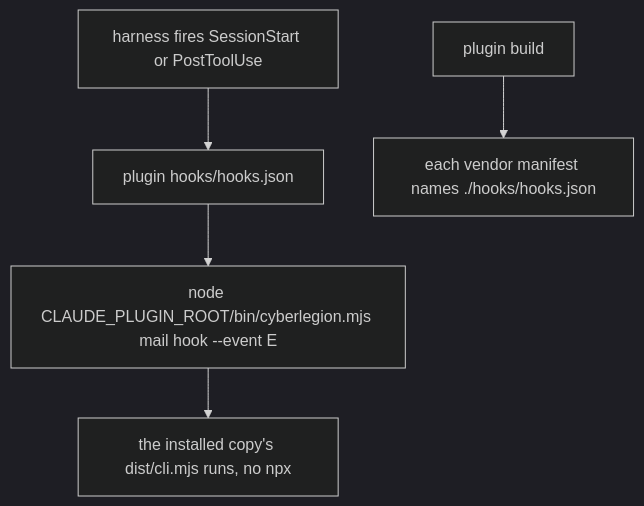
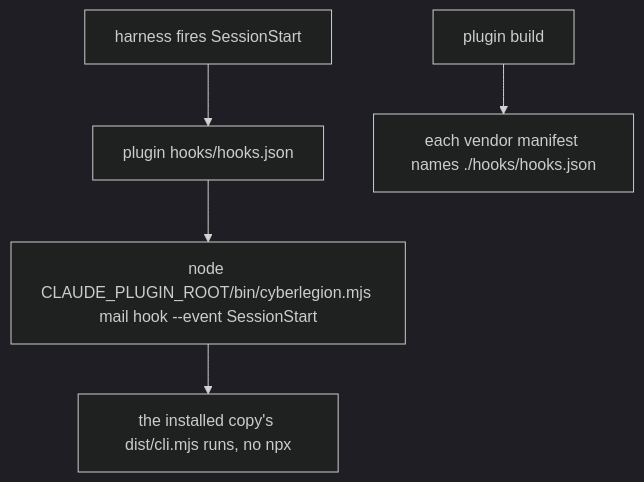
The diagram in .agents/specs/cyberlegion-plugin/mail-hook/README.md (cyberuni/cyberlegion), drawn with Mermaid (dark theme) before and after one commit. The commit also changed other lines of this file and 19 other files, not shown here.

First line of the commit message:
feat: drop the PostToolUse mail hook (#128)

````diff
--- a/.agents/specs/cyberlegion-plugin/mail-hook/README.md
+++ b/.agents/specs/cyberlegion-plugin/mail-hook/README.md
@@ -55,7 +60,7 @@
 ```mermaid
 graph TD
-  FIRE[harness fires SessionStart or PostToolUse] --> FILE[plugin hooks/hooks.json]
-  FILE --> CMD[node CLAUDE_PLUGIN_ROOT/bin/cyberlegion.mjs mail hook --event E]
+  FIRE[harness fires SessionStart] --> FILE[plugin hooks/hooks.json]
+  FILE --> CMD[node CLAUDE_PLUGIN_ROOT/bin/cyberlegion.mjs mail hook --event SessionStart]
   CMD --> RUN[the installed copy's dist/cli.mjs runs, no npx]
   BUILD[plugin build] --> MANIFEST[each vendor manifest names ./hooks/hooks.json]
 ```
````
